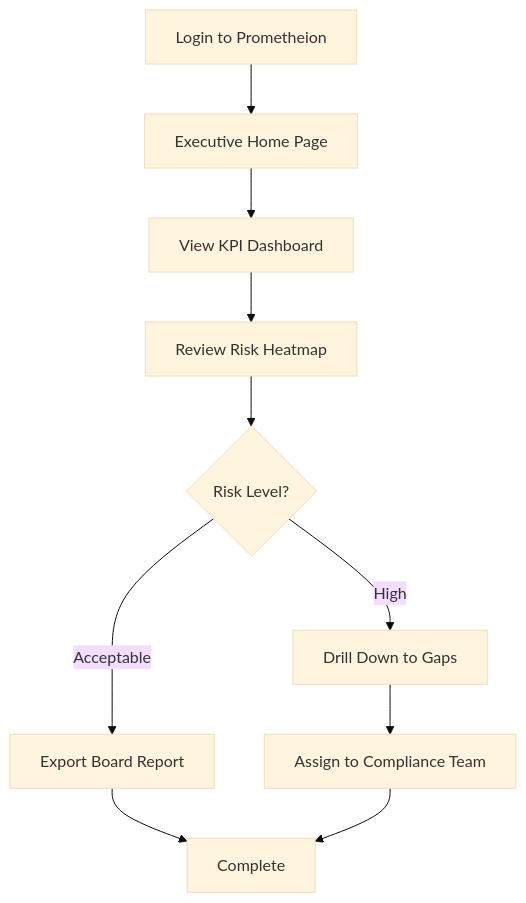
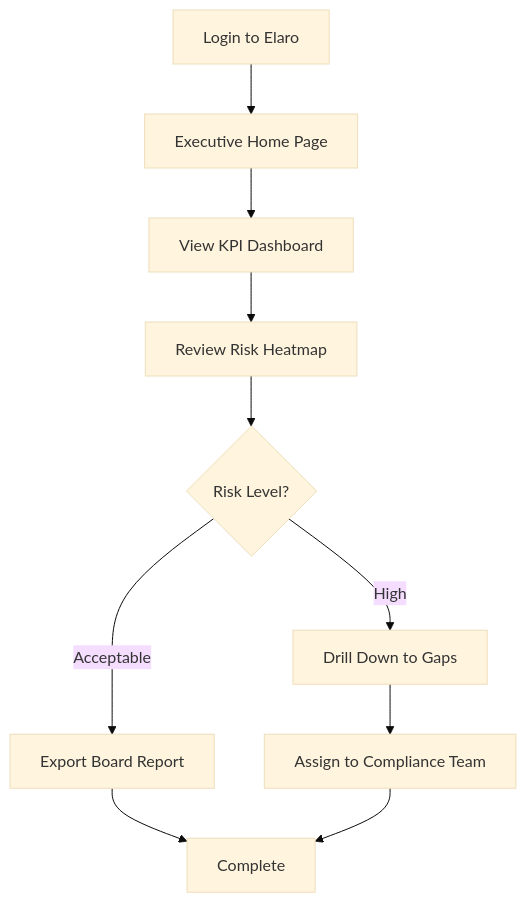
Before and after one commit to derickporter1993/Solentra---Prometheion: the second of 9 diagrams in docs/UI_UX_DESIGN.md, drawn with Mermaid (base theme). The commit also changed other lines of this file and 973 other files, not shown here.

First line of the commit message:
refactor: Rename Prometheion to Elaro across entire codebase

````diff
--- a/docs/UI_UX_DESIGN.md
+++ b/docs/UI_UX_DESIGN.md
@@ -353,12 +353,12 @@
 ```mermaid
 graph TD
-    START[Login to Prometheion] --> HOME[Executive Home Page]
+    START[Login to Elaro] --> HOME[Executive Home Page]
     HOME --> KPI[View KPI Dashboard]
     KPI --> HEAT[Review Risk Heatmap]
     HEAT --> DECISION{Risk Level?}
     DECISION -->|High| DRILL[Drill Down to Gaps]
     DECISION -->|Acceptable| EXPORT[Export Board Report]
     DRILL --> ASSIGN[Assign to Compliance Team]
     EXPORT --> END[Complete]
     ASSIGN --> END
 ```
````
